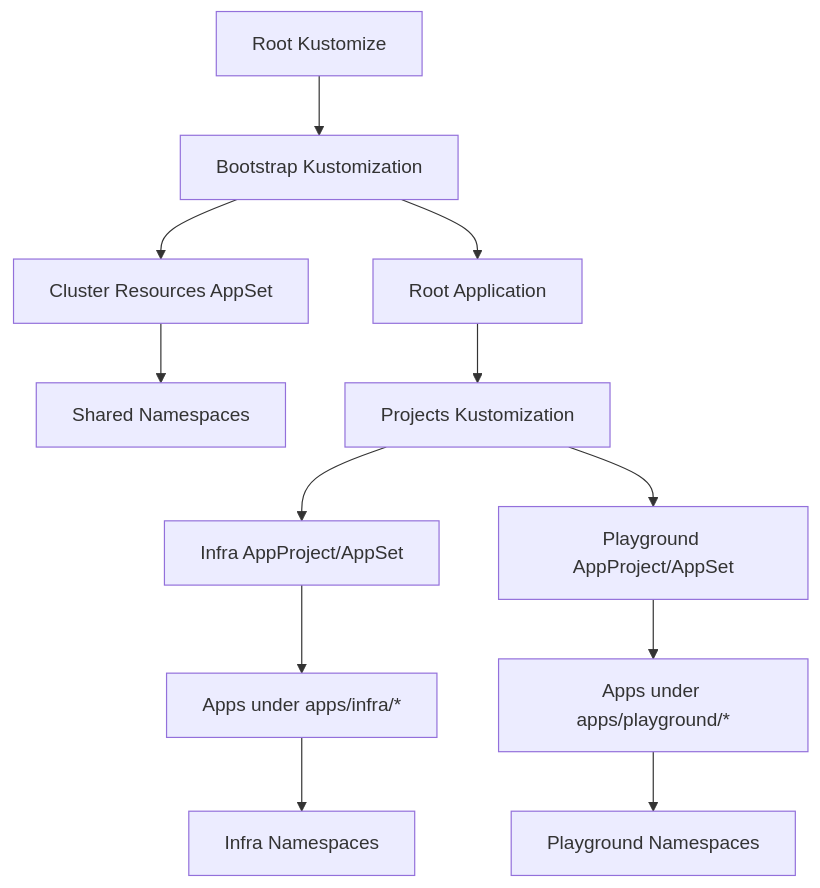
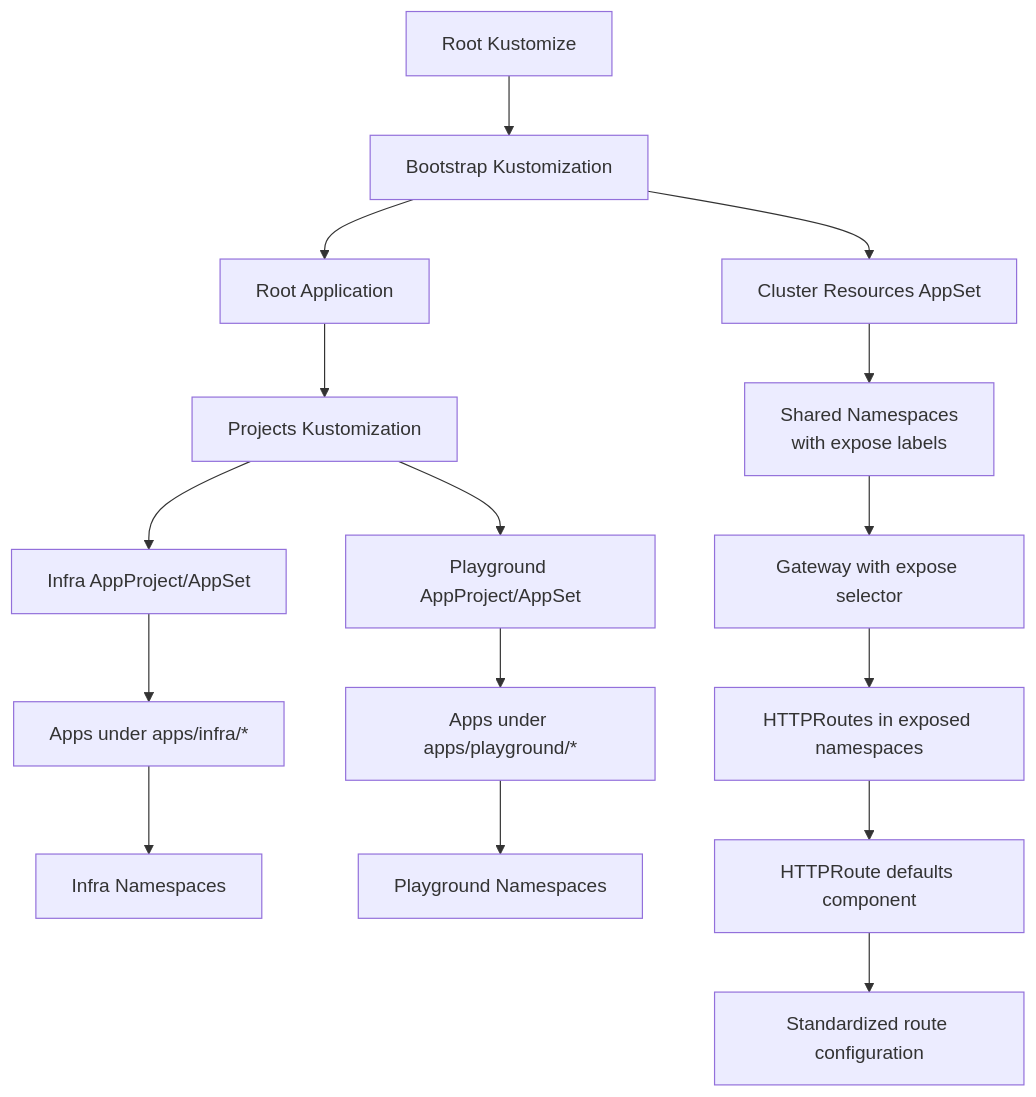
Before and after one commit to Hoangvu75/k8s_manifest: the ninth of 9 diagrams in .qoder/repowiki/en/content/Application Configuration/Namespace Management and Isolation.md, drawn with Mermaid. The commit also changed other lines of this file and 5 other files, not shown here.

````diff
--- a/.qoder/repowiki/en/content/Application Configuration/Namespace Management and Isolation.md
+++ b/.qoder/repowiki/en/content/Application Configuration/Namespace Management and Isolation.md
@@ -300,14 +374,18 @@
 ```mermaid
 graph TB
 Root["Root Kustomize"] --> Boot["Bootstrap Kustomization"]
 Boot --> RootApp["Root Application"]
 Boot --> CRS["Cluster Resources AppSet"]
-CRS --> NSDef["Shared Namespaces"]
+CRS --> NSDef["Shared Namespaces<br/>with expose labels"]
 RootApp --> Proj["Projects Kustomization"]
 Proj --> InfraProj["Infra AppProject/AppSet"]
 Proj --> PlayProj["Playground AppProject/AppSet"]
 InfraProj --> InfraApps["Apps under apps/infra/*"]
 PlayProj --> PlayApps["Apps under apps/playground/*"]
 InfraApps --> InfraNS["Infra Namespaces"]
 PlayApps --> PlayNS["Playground Namespaces"]
+NSDef --> GW["Gateway with expose selector"]
+GW --> ExposedRoutes["HTTPRoutes in exposed namespaces"]
+ExposedRoutes --> Defaults["HTTPRoute defaults component"]
+Defaults --> ManagedRoutes["Standardized route configuration"]
 ```
````
